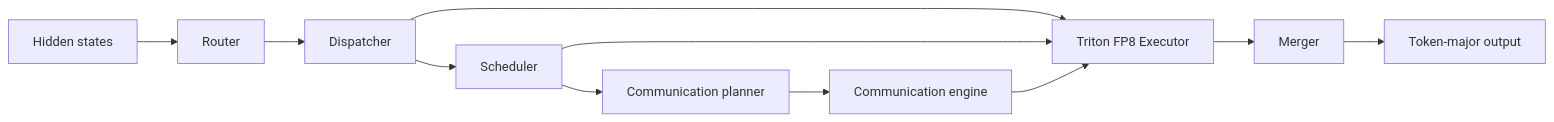
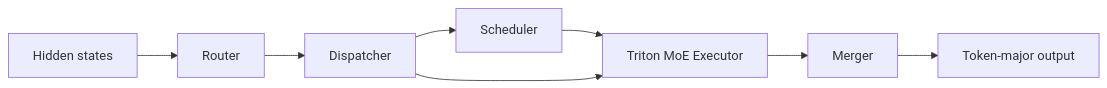
Before and after one commit to RustamSheoran/DWDP-Triton-MoE-Inference-Engine: the diagram in readme.md, drawn with Mermaid. The commit also changed other lines of this file and 8 other files, not shown here.

````diff
--- a/readme.md
+++ b/readme.md
@@ -49,13 +19,10 @@
 ```mermaid
 flowchart LR
   H[Hidden states] --> R[Router]
   R --> D[Dispatcher]
   D --> S[Scheduler]
-  S --> CP[Communication planner]
-  CP --> CE[Communication engine]
-  D --> E[Triton FP8 Executor]
-  S --> E
-  CE --> E
+  S --> E[Triton MoE Executor]
+  D --> E
   E --> M[Merger]
   M --> O[Token-major output]
 ```
````
